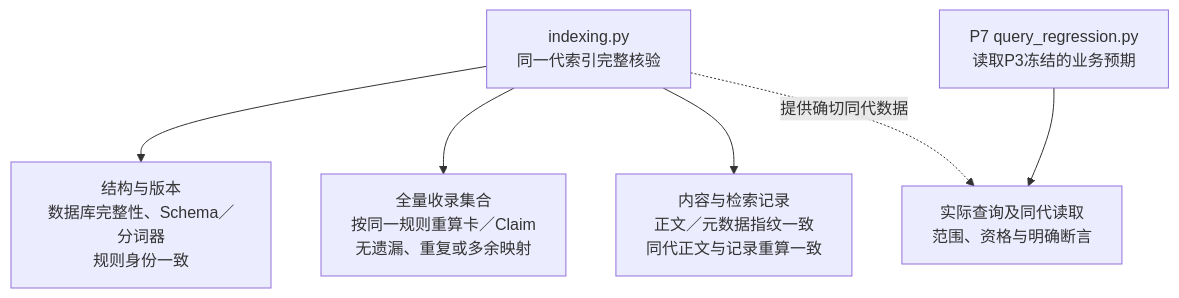
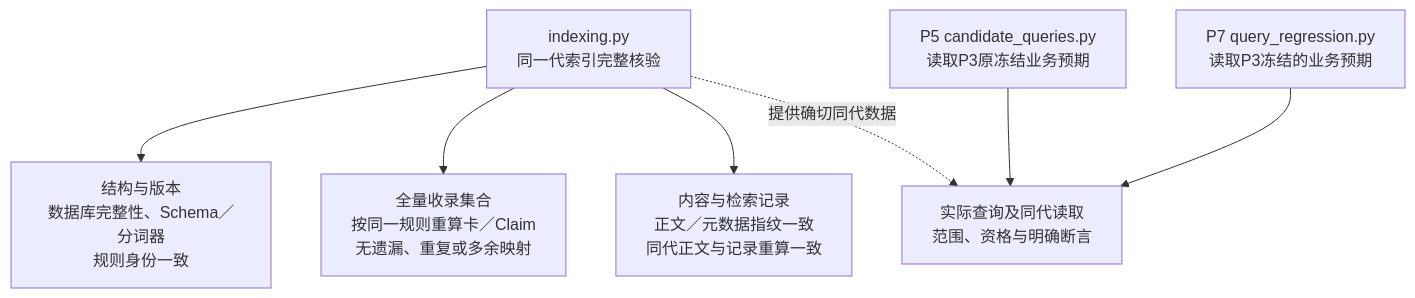
Before and after one commit to Robin-hhc/FactumCore: diagram 25 of 27 in himate-knowledge-wifi-mp/docs-llm-wiki/知识库详细设计.md, drawn with Mermaid. The commit also changed other lines of this file and 22 other files, not shown here.

````diff
--- a/himate-knowledge-wifi-mp/docs-llm-wiki/知识库详细设计.md
+++ b/himate-knowledge-wifi-mp/docs-llm-wiki/知识库详细设计.md
@@ -957,8 +964,9 @@
 ```mermaid
 flowchart TD
     INDEX["indexing.py<br/>同一代索引完整核验"] --> VERSION["结构与版本<br/>数据库完整性、Schema／分词器<br/>规则身份一致"]
     INDEX --> SET["全量收录集合<br/>按同一规则重算卡／Claim<br/>无遗漏、重复或多余映射"]
     INDEX --> CONTENT["内容与检索记录<br/>正文／元数据指纹一致<br/>同代正文与记录重算一致"]
+    PREVIEW["P5 candidate_queries.py<br/>读取P3原冻结业务预期"] --> QUERY
     REGRESS["P7 query_regression.py<br/>读取P3冻结的业务预期"] --> QUERY["实际查询及同代读取<br/>范围、资格与明确断言"]
     INDEX -. "提供确切同代数据" .-> QUERY
 ```
````
